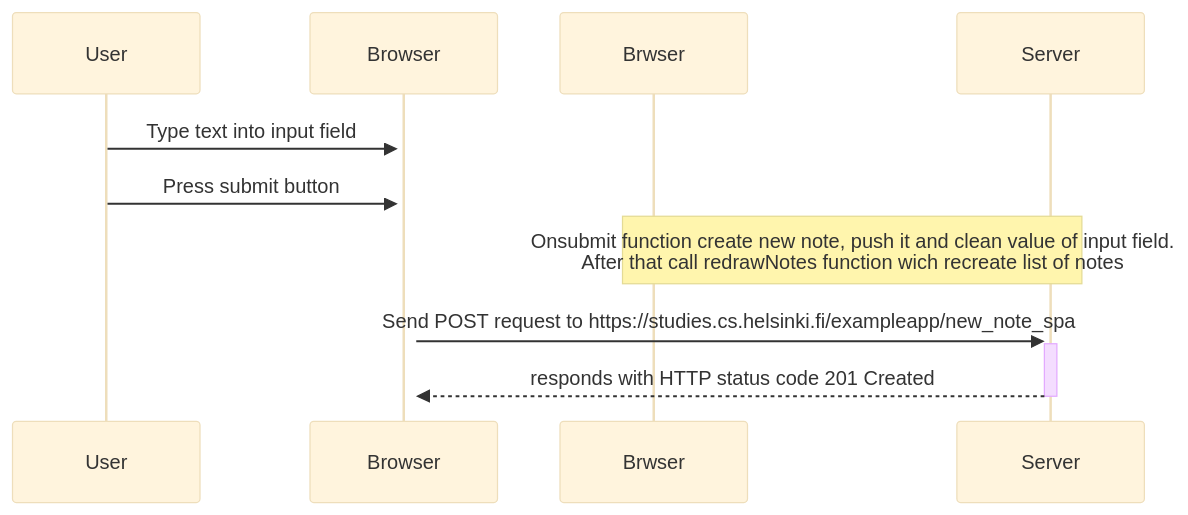
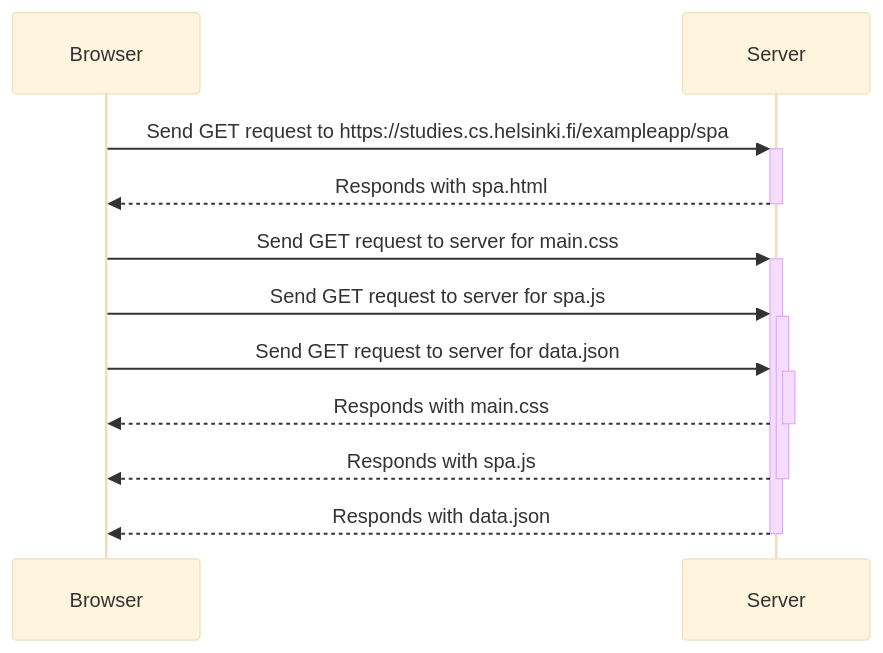
One commit to AntBezr/Full_Stack_Open changed the diagram in part0/task5.mmd. Above: the diagram before and after it, drawn with Mermaid (base theme). The commit also changed other lines of this file and 1 other file, not shown here.

Commit message:
rename task 5 to task 6, create task 5

```diff
--- a/part0/task5.mmd
+++ b/part0/task5.mmd
@@ -1,6 +1,9 @@
 sequenceDiagram
-    User->>+Browser:Type text into input field
-    User->>+Browser:Press submit button
-    Note over Brwser, Server: Onsubmit function create new note, push it and clean value of input field.<br/> After that call redrawNotes function wich recreate list of notes 
-    Browser->>+Server: Send POST request to https://studies.cs.helsinki.fi/exampleapp/new_note_spa 
-    Server-->>-Browser: responds with HTTP status code 201 Created
+    Browser->>+Server: Send GET request to https://studies.cs.helsinki.fi/exampleapp/spa
+    Server-->>-Browser: Responds with spa.html
+    Browser->>+Server: Send GET request to server for main.css
+    Browser->>+Server: Send GET request to server for spa.js
+    Browser->>+Server: Send GET request to server for data.json
+     Server-->>-Browser: Responds with main.css
+     Server-->>-Browser: Responds with spa.js
+     Server-->>-Browser: Responds with data.json
```
